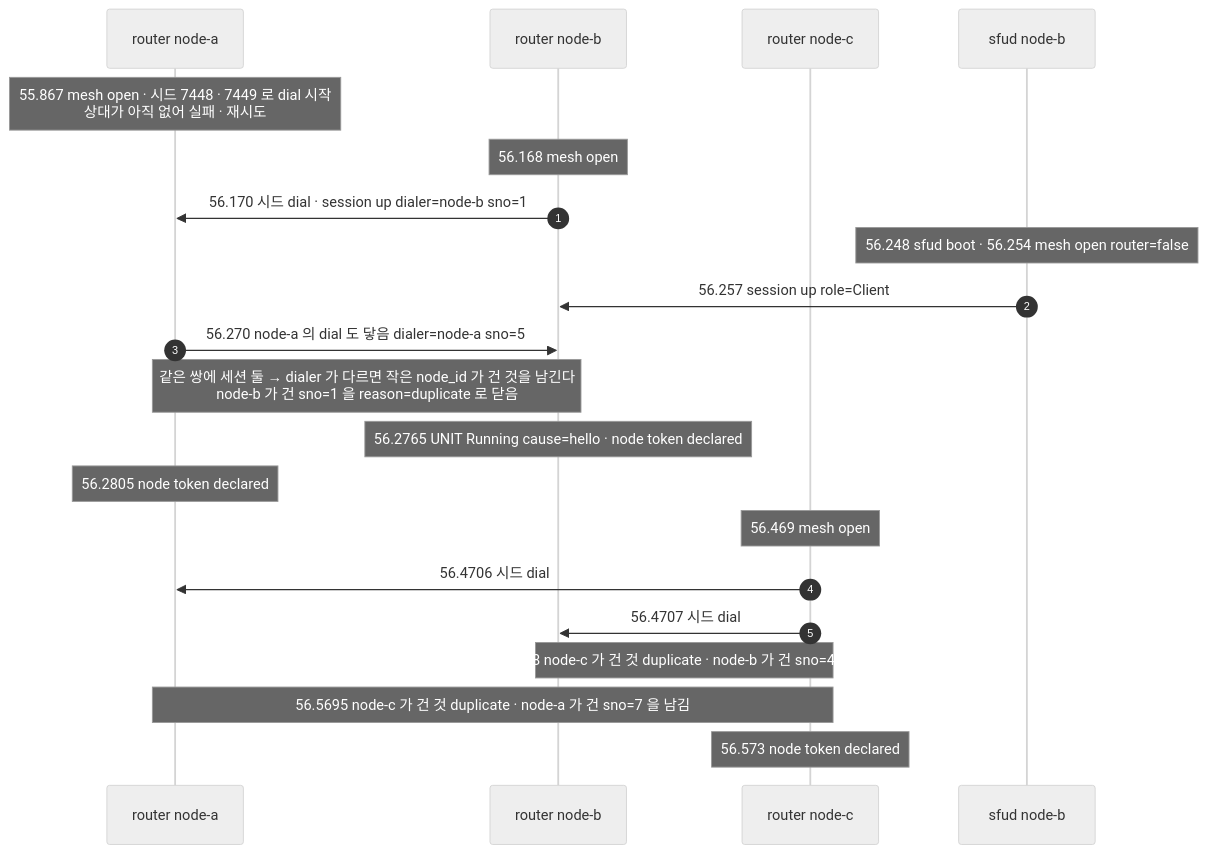
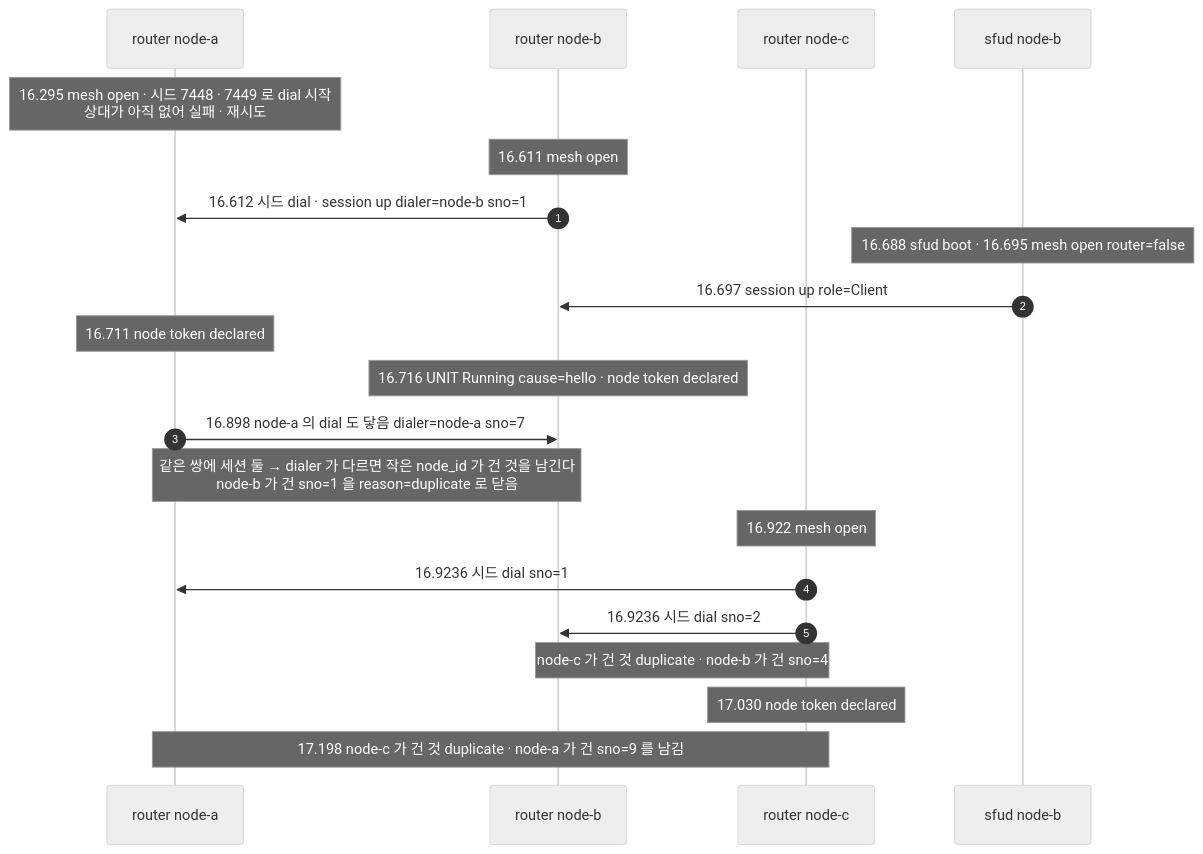
Before and after one commit to kodeholic9/oxlens-sfu: the second of 3 diagrams in docs/learn/14_OXMESH.md, drawn with Mermaid (neutral theme). The commit also changed other lines of this file and 19 other files, not shown here.

````diff
--- a/docs/learn/14_OXMESH.md
+++ b/docs/learn/14_OXMESH.md
@@ -57,23 +59,23 @@
 ```mermaid
 sequenceDiagram
   autonumber
   participant HA as router node-a
   participant HB as router node-b
   participant HC as router node-c
   participant SB as sfud node-b
-  Note over HA: 55.867 mesh open · 시드 7448 · 7449 로 dial 시작<br/>상대가 아직 없어 실패 · 재시도
-  Note over HB: 56.168 mesh open
-  HB->>HA: 56.170 시드 dial · session up dialer=node-b sno=1
-  Note over SB: 56.248 sfud boot · 56.254 mesh open router=false
-  SB->>HB: 56.257 session up role=Client
-  HA->>HB: 56.270 node-a 의 dial 도 닿음 dialer=node-a sno=5
+  Note over HA: 16.295 mesh open · 시드 7448 · 7449 로 dial 시작<br/>상대가 아직 없어 실패 · 재시도
+  Note over HB: 16.611 mesh open
+  HB->>HA: 16.612 시드 dial · session up dialer=node-b sno=1
+  Note over SB: 16.688 sfud boot · 16.695 mesh open router=false
+  SB->>HB: 16.697 session up role=Client
+  Note over HA: 16.711 node token declared
+  Note over HB: 16.716 UNIT Running cause=hello · node token declared
+  HA->>HB: 16.898 node-a 의 dial 도 닿음 dialer=node-a sno=7
   Note over HA,HB: 같은 쌍에 세션 둘 → dialer 가 다르면 작은 node_id 가 건 것을 남긴다<br/>node-b 가 건 sno=1 을 reason=duplicate 로 닫음
-  Note over HB: 56.2765 UNIT Running cause=hello · node token declared
-  Note over HA: 56.2805 node token declared
-  Note over HC: 56.469 mesh open
-  HC->>HA: 56.4706 시드 dial
-  HC->>HB: 56.4707 시드 dial
-  Note over HB,HC: 56.4708 node-c 가 건 것 duplicate · node-b 가 건 sno=4 를 남김
-  Note over HA,HC: 56.5695 node-c 가 건 것 duplicate · node-a 가 건 sno=7 을 남김
-  Note over HC: 56.573 node token declared
+  Note over HC: 16.922 mesh open
+  HC->>HA: 16.9236 시드 dial sno=1
+  HC->>HB: 16.9236 시드 dial sno=2
+  Note over HB,HC: 17.015 node-c 가 건 것 duplicate · node-b 가 건 sno=4 를 남김
+  Note over HC: 17.030 node token declared
+  Note over HA,HC: 17.198 node-c 가 건 것 duplicate · node-a 가 건 sno=9 를 남김
 ```
````
